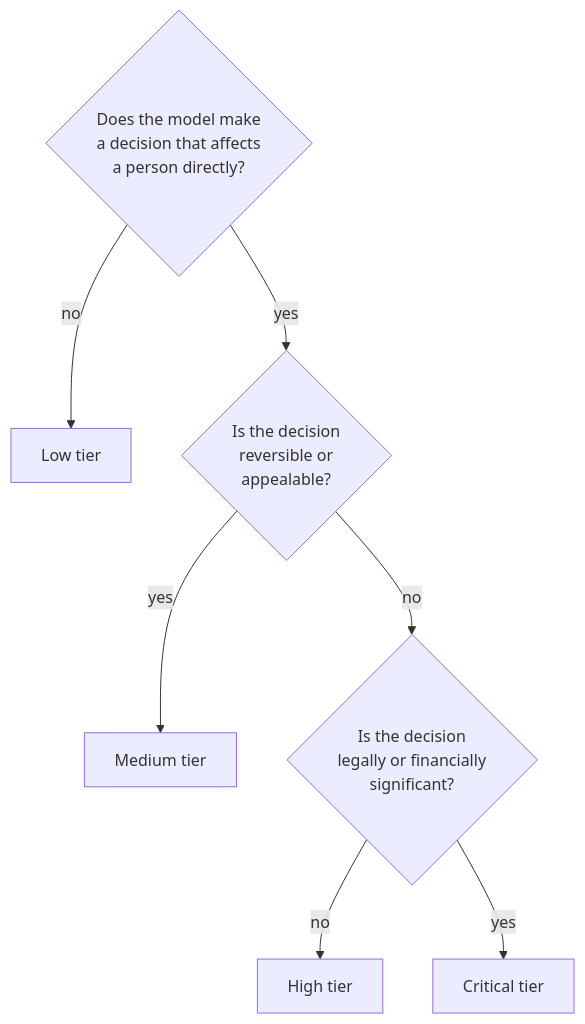
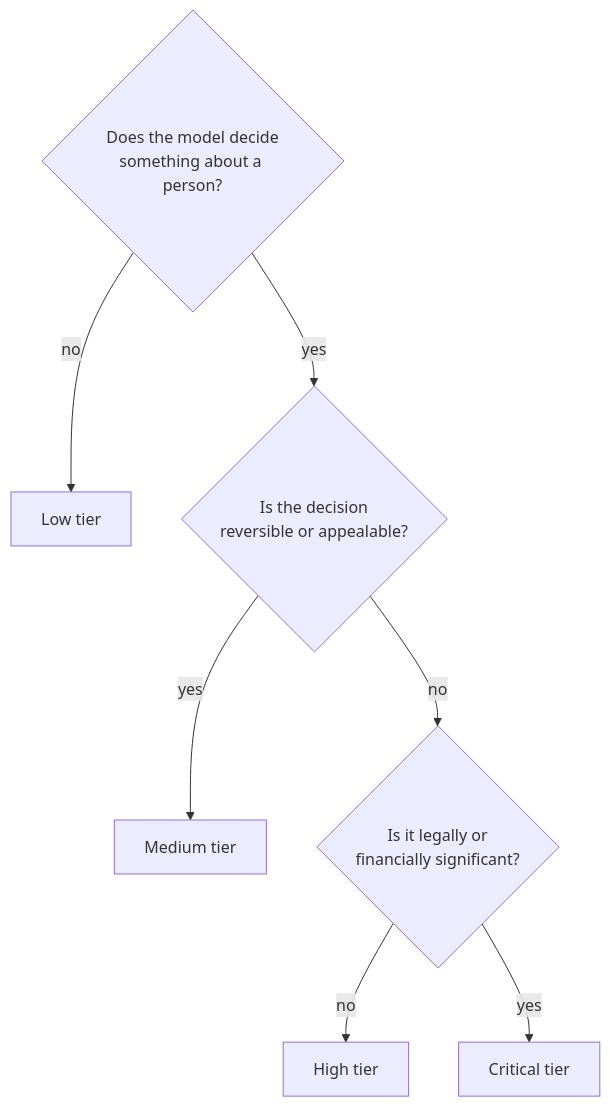
Before and after one commit to binarydevelop/system-design-patterns: the diagram in 16-ml-systems/09-ml-risk-governance.md, drawn with Mermaid. The commit also changed other lines of this file, not shown here.

````diff
--- a/16-ml-systems/09-ml-risk-governance.md
+++ b/16-ml-systems/09-ml-risk-governance.md
@@ -24,10 +34,10 @@
 ```mermaid
 flowchart TD
-    Q1{"Does the model make<br/>a decision that affects<br/>a person directly?"}
+    Q1{"Does the model decide<br/>something about a person?"}
     Q1 -->|"no"| LOW["Low tier"]
-    Q1 -->|"yes"| Q2{"Is the decision<br/>reversible or<br/>appealable?"}
+    Q1 -->|"yes"| Q2{"Is the decision<br/>reversible or appealable?"}
     Q2 -->|"yes"| MED["Medium tier"]
-    Q2 -->|"no"| Q3{"Is the decision<br/>legally or financially<br/>significant?"}
+    Q2 -->|"no"| Q3{"Is it legally or<br/>financially significant?"}
     Q3 -->|"no"| HIGH["High tier"]
     Q3 -->|"yes"| CRIT["Critical tier"]
 ```
````
